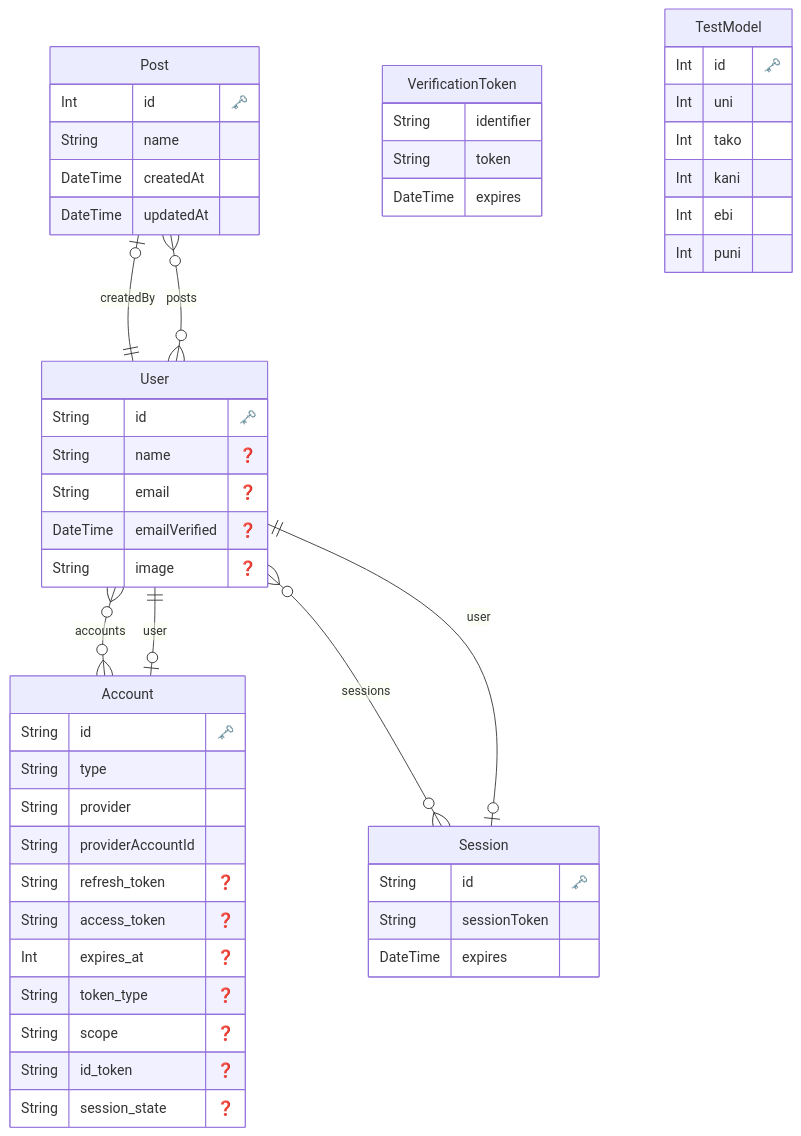
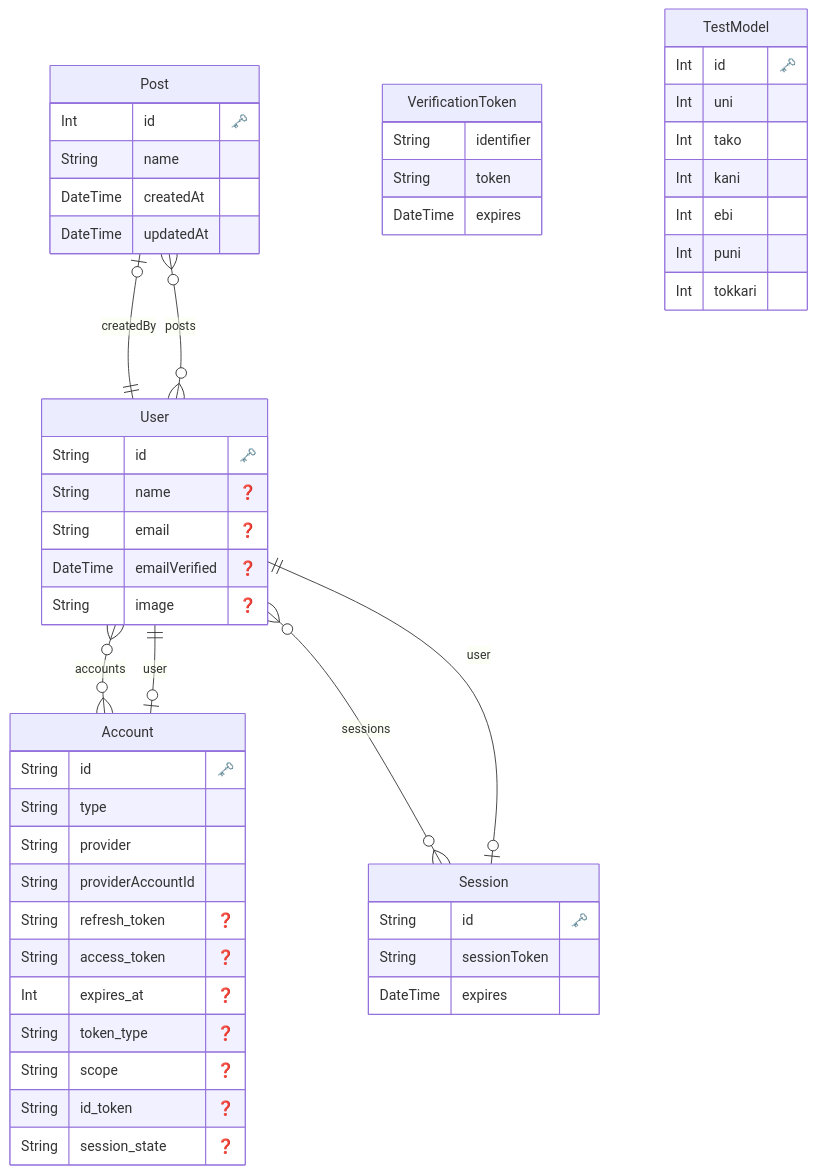
Before and after one commit to mhatanorks/enthub: the diagram in prisma/ERD.md, drawn with Mermaid. The commit also changed 2 other files, not shown here.

Commit message:
check schema ci3

````diff
--- a/prisma/ERD.md
+++ b/prisma/ERD.md
@@ -1,65 +1,66 @@
 ```mermaid
 erDiagram
 
   "Post" {
     Int id "🗝️"
     String name 
     DateTime createdAt 
     DateTime updatedAt 
     }
   
 
   "Account" {
     String id "🗝️"
     String type 
     String provider 
     String providerAccountId 
     String refresh_token "❓"
     String access_token "❓"
     Int expires_at "❓"
     String token_type "❓"
     String scope "❓"
     String id_token "❓"
     String session_state "❓"
     }
   
 
   "Session" {
     String id "🗝️"
     String sessionToken 
     DateTime expires 
     }
   
 
   "User" {
     String id "🗝️"
     String name "❓"
     String email "❓"
     DateTime emailVerified "❓"
     String image "❓"
     }
   
 
   "VerificationToken" {
     String identifier 
     String token 
     DateTime expires 
     }
   
 
   "TestModel" {
     Int id "🗝️"
     Int uni 
     Int tako 
     Int kani 
     Int ebi 
     Int puni 
+    Int tokkari 
     }
   
     "Post" o|--|| "User" : "createdBy"
     "Account" o|--|| "User" : "user"
     "Session" o|--|| "User" : "user"
     "User" o{--}o "Account" : "accounts"
     "User" o{--}o "Session" : "sessions"
     "User" o{--}o "Post" : "posts"
 ```
````
